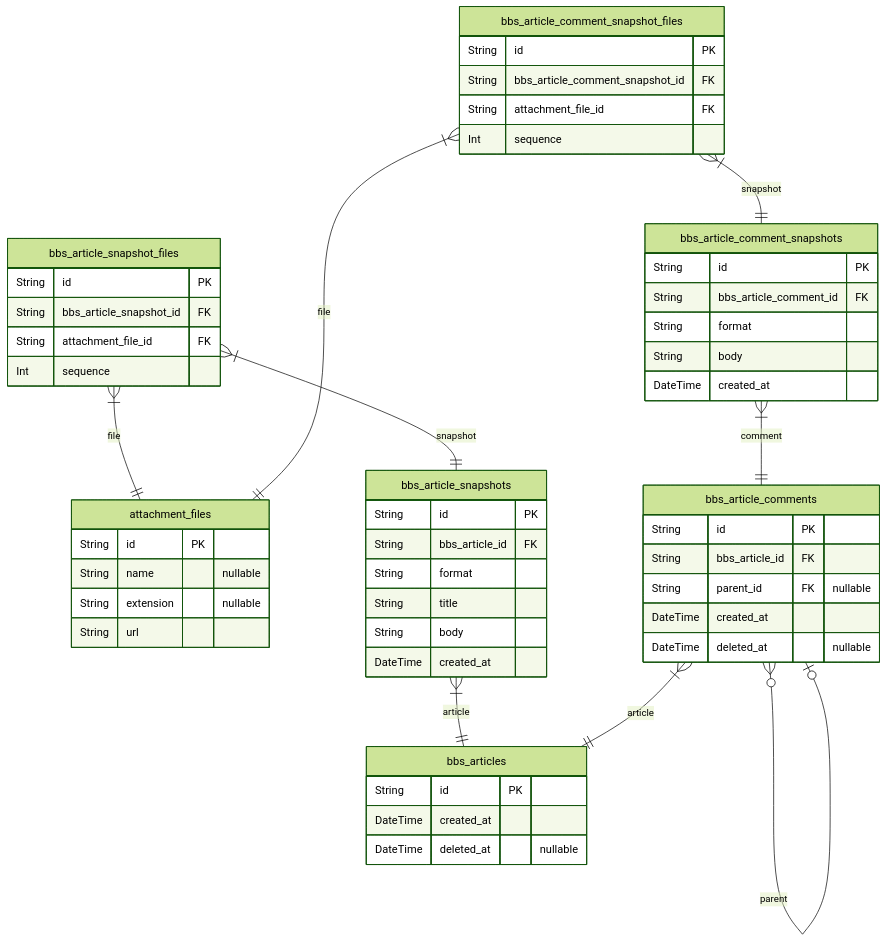
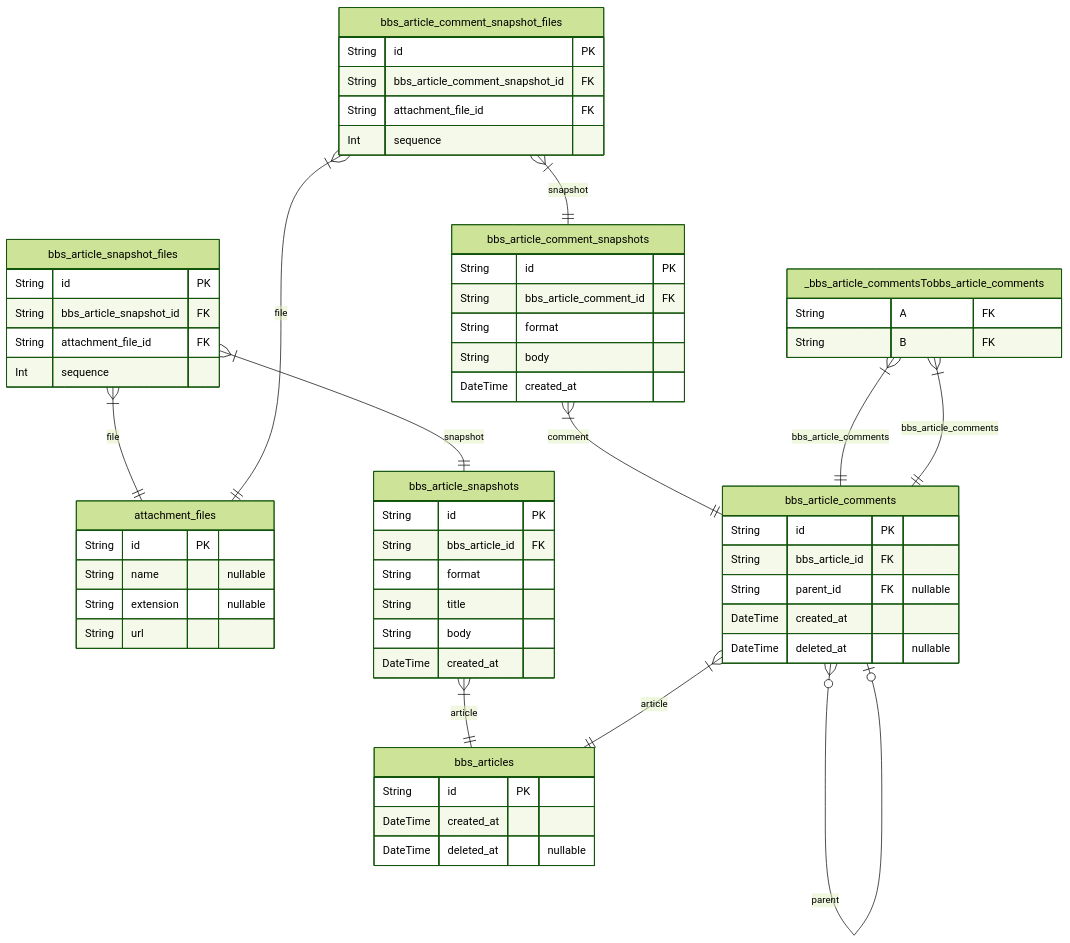
Before and after one commit to samchon/prisma-markdown: the first of 10 diagrams in ERD.md, drawn with Mermaid (forest theme). The commit also changed other lines of this file and 7 other files, not shown here.

````diff
--- a/ERD.md
+++ b/ERD.md
@@ -16,56 +16,62 @@
 ```mermaid
 erDiagram
-attachment_files {
+"attachment_files" {
     String id PK
     String name "nullable"
     String extension "nullable"
     String url
 }
-bbs_articles {
+"bbs_articles" {
     String id PK
     DateTime created_at
     DateTime deleted_at "nullable"
 }
-bbs_article_snapshots {
+"bbs_article_snapshots" {
     String id PK
     String bbs_article_id FK
     String format
     String title
     String body
     DateTime created_at
 }
-bbs_article_snapshot_files {
+"bbs_article_snapshot_files" {
     String id PK
     String bbs_article_snapshot_id FK
     String attachment_file_id FK
     Int sequence
 }
-bbs_article_comments {
+"bbs_article_comments" {
     String id PK
     String bbs_article_id FK
     String parent_id FK "nullable"
     DateTime created_at
     DateTime deleted_at "nullable"
 }
-bbs_article_comment_snapshots {
+"bbs_article_comment_snapshots" {
     String id PK
     String bbs_article_comment_id FK
     String format
     String body
     DateTime created_at
 }
-bbs_article_comment_snapshot_files {
+"bbs_article_comment_snapshot_files" {
     String id PK
     String bbs_article_comment_snapshot_id FK
     String attachment_file_id FK
     Int sequence
 }
-bbs_article_snapshots }|--|| bbs_articles : article
-bbs_article_snapshot_files }|--|| bbs_article_snapshots : snapshot
-bbs_article_snapshot_files }|--|| attachment_files : file
-bbs_article_comments }|--|| bbs_articles : article
-bbs_article_comments }o--o| bbs_article_comments : parent
-bbs_article_comment_snapshots }|--|| bbs_article_comments : comment
-bbs_article_comment_snapshot_files }|--|| bbs_article_comment_snapshots : snapshot
-bbs_article_comment_snapshot_files }|--|| attachment_files : file
+"_bbs_article_commentsTobbs_article_comments" {
+    String A FK
+    String B FK
+}
+"bbs_article_snapshots" }|--|| "bbs_articles" : article
+"bbs_article_snapshot_files" }|--|| "bbs_article_snapshots" : snapshot
+"bbs_article_snapshot_files" }|--|| "attachment_files" : file
+"bbs_article_comments" }|--|| "bbs_articles" : article
+"bbs_article_comments" }o--o| "bbs_article_comments" : parent
+"bbs_article_comment_snapshots" }|--|| "bbs_article_comments" : comment
+"bbs_article_comment_snapshot_files" }|--|| "bbs_article_comment_snapshots" : snapshot
+"bbs_article_comment_snapshot_files" }|--|| "attachment_files" : file
+"_bbs_article_commentsTobbs_article_comments" }|--|| "bbs_article_comments" : bbs_article_comments
+"_bbs_article_commentsTobbs_article_comments" }|--|| "bbs_article_comments" : bbs_article_comments
 ```
````
